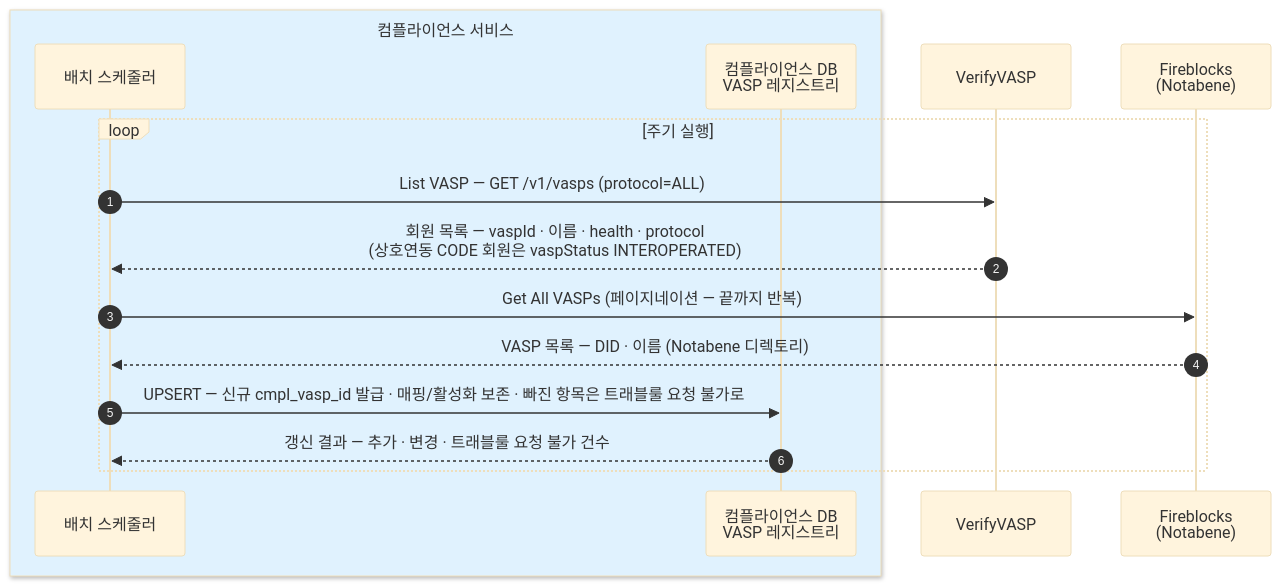
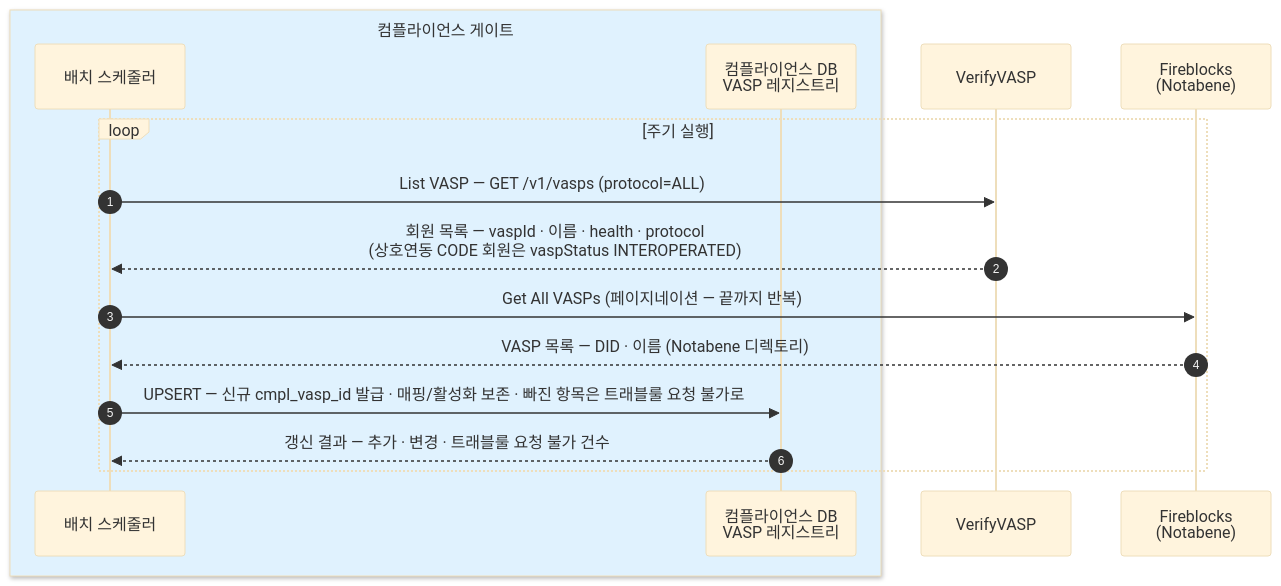
One commit to eunsujeo/eunpus changed the second of 3 diagrams in blockchain-manager/docs/컴플라이언스/설계/03-operations.md. Above: the diagram before and after it, drawn with Mermaid (base theme). The commit also changed other lines of this file and 47 other files, not shown here.

First line of the commit message:
웹훅 상세 설계 + BC 카테고리 개편 + ERD·시나리오 애니메이션 도구

````diff
--- a/blockchain-manager/docs/컴플라이언스/설계/03-operations.md
+++ b/blockchain-manager/docs/컴플라이언스/설계/03-operations.md
@@ -56,19 +56,19 @@
 ```mermaid
 sequenceDiagram
     autonumber
-    box rgb(224,242,254) 컴플라이언스 서비스
+    box rgb(224,242,254) 컴플라이언스 게이트
     participant SCH as 배치 스케줄러
     participant DB as 컴플라이언스 DB<br/>VASP 레지스트리
     end
     participant VV as VerifyVASP
     participant FB as Fireblocks<br/>(Notabene)
 
     loop 주기 실행
         SCH->>VV: List VASP — GET /v1/vasps (protocol=ALL)
         VV-->>SCH: 회원 목록 — vaspId · 이름 · health · protocol<br/>(상호연동 CODE 회원은 vaspStatus INTEROPERATED)
         SCH->>FB: Get All VASPs (페이지네이션 — 끝까지 반복)
         FB-->>SCH: VASP 목록 — DID · 이름 (Notabene 디렉토리)
         SCH->>DB: UPSERT — 신규 cmpl_vasp_id 발급 · 매핑/활성화 보존 · 빠진 항목은 트래블룰 요청 불가로
         DB-->>SCH: 갱신 결과 — 추가 · 변경 · 트래블룰 요청 불가 건수
     end
 ```
````
